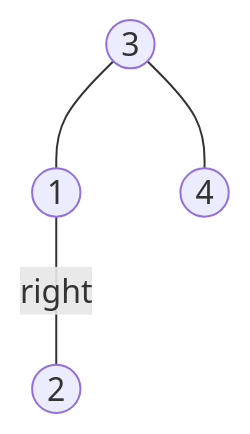
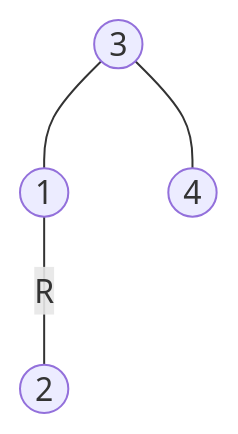
The first of 2 diagrams in docs/_chapters/2.lcof1/page2/54.md (PasseRR/JavaLeetCode), drawn with Mermaid before and after one commit. The commit also changed 11 other files, not shown here.

````diff
--- a/docs/_chapters/2.lcof1/page2/54.md
+++ b/docs/_chapters/2.lcof1/page2/54.md
@@ -16,6 +16,6 @@
 ```mermaid
 graph TB
 3((3)) --- 1((1))
 3 --- 4((4))
-1 --right--- 2((2))
+1 --R--- 2((2))
 ```
````
